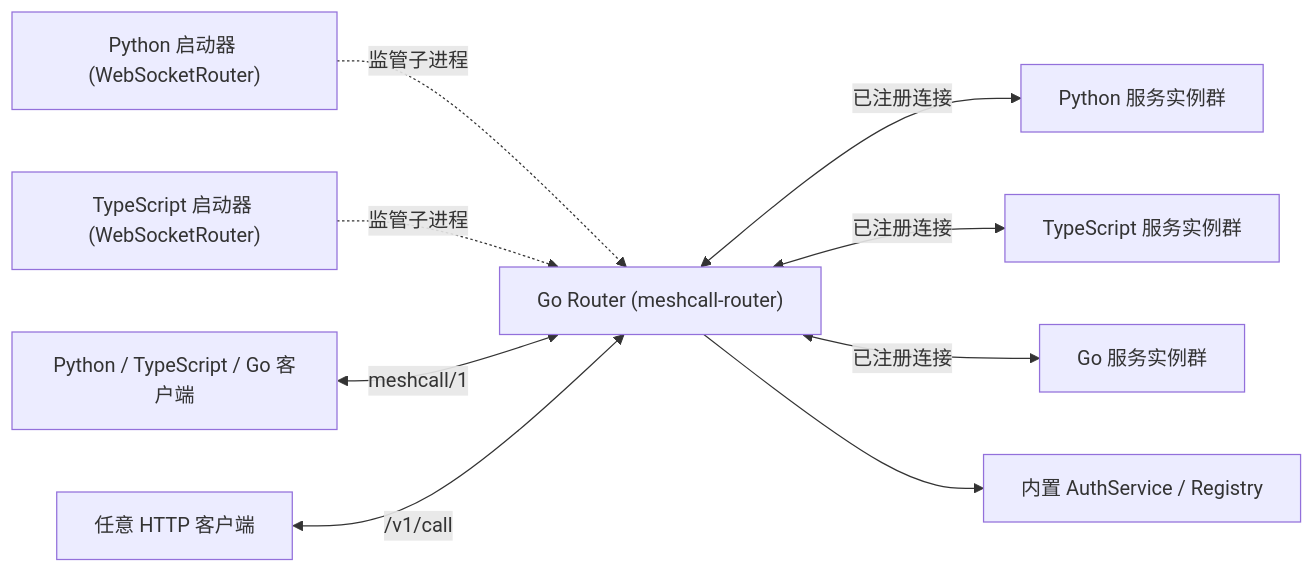
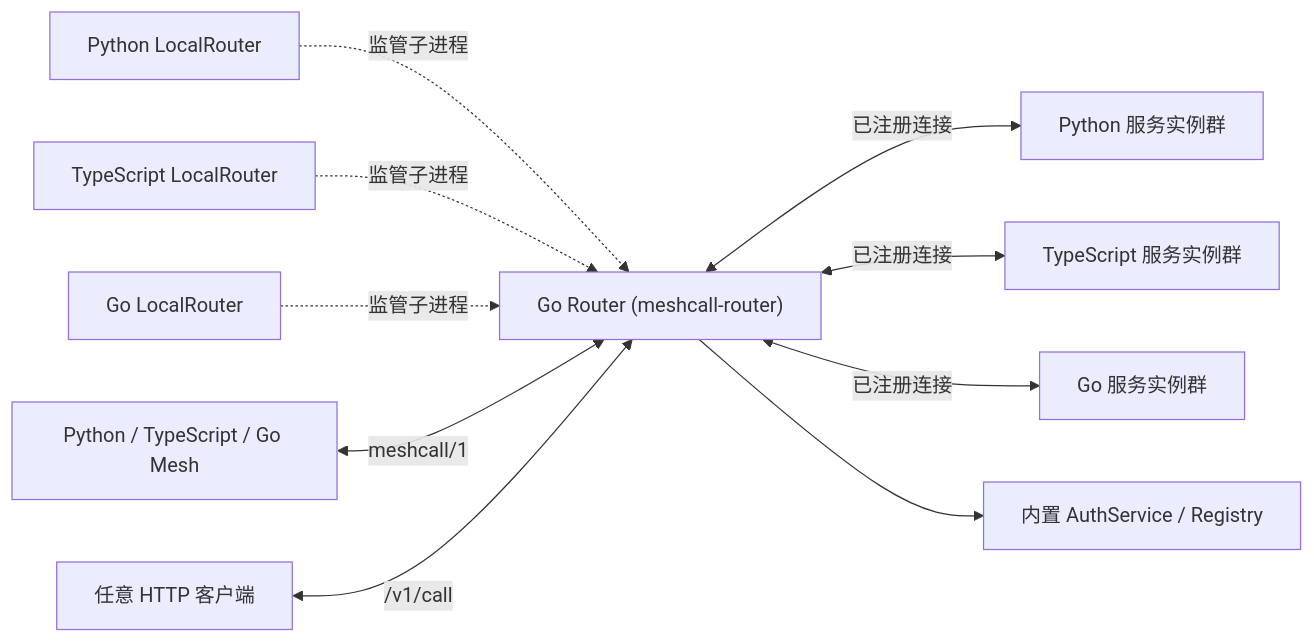
Before and after one commit to t4wefan/meshcall: the diagram in docs/zh-CN/router.md, drawn with Mermaid. The commit also changed other lines of this file and 36 other files, not shown here.

Commit message:
docs(docs+skill+py+ts+go): align docs and skill with 4-layer API and auto-start LocalRouter in Mesh

````diff
--- a/docs/zh-CN/router.md
+++ b/docs/zh-CN/router.md
@@ -7,11 +7,12 @@
 ```mermaid
 flowchart LR
-  PL["Python 启动器 (WebSocketRouter)"] -. "监管子进程" .-> R["Go Router (meshcall-router)"]
-  TL["TypeScript 启动器 (WebSocketRouter)"] -. "监管子进程" .-> R
-  PC["Python / TypeScript / Go 客户端"] <-->|"meshcall/1"| R
+  PL["Python LocalRouter"] -. "监管子进程" .-> R["Go Router (meshcall-router)"]
+  TL["TypeScript LocalRouter"] -. "监管子进程" .-> R
+  GL["Go LocalRouter"] -. "监管子进程" .-> R
+  PC["Python / TypeScript / Go Mesh"] <-->|"meshcall/1"| R
   H["任意 HTTP 客户端"] <-->|"/v1/call"| R
   R <-->|"已注册连接"| PS["Python 服务实例群"]
   R <-->|"已注册连接"| TS["TypeScript 服务实例群"]
   R <-->|"已注册连接"| GS["Go 服务实例群"]
   R --> A["内置 AuthService / Registry"]
 ```
````
